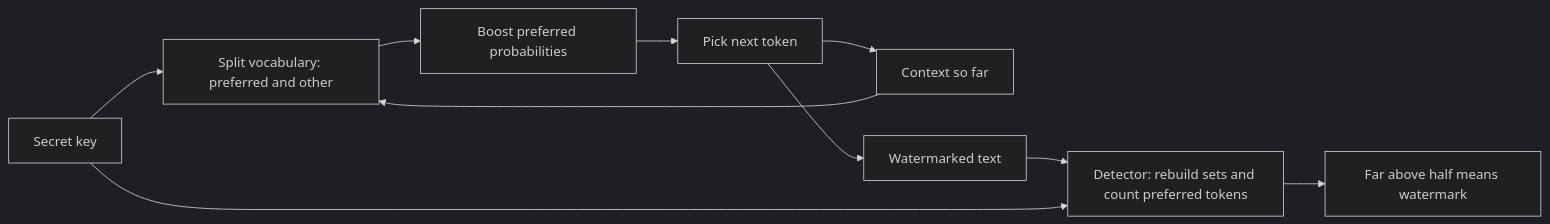
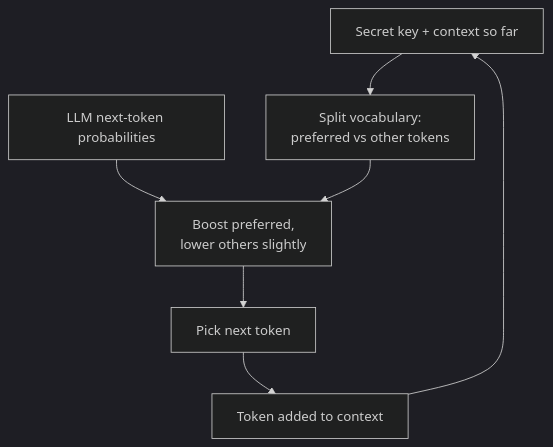
One commit to kaisarnajar/outcome-school-blogs changed the first of 2 diagrams in notes/step-14-ai-safety-and-security/172-how-does-llm-watermarking-work.md. Above: the diagram before and after it, drawn with Mermaid (dark theme). The commit also changed other lines of this file and 233 other files, not shown here.

````diff
--- a/notes/step-14-ai-safety-and-security/172-how-does-llm-watermarking-work.md
+++ b/notes/step-14-ai-safety-and-security/172-how-does-llm-watermarking-work.md
@@ -44,12 +75,9 @@
 ```mermaid
-flowchart LR
-    K["Secret key"] --> S["Split vocabulary: preferred and other"]
-    C["Context so far"] --> S
-    S --> B["Boost preferred probabilities"]
-    B --> T["Pick next token"]
-    T --> C
-    T --> X["Watermarked text"]
-    X --> D["Detector: rebuild sets and count preferred tokens"]
-    K --> D
-    D --> R["Far above half means watermark"]
+flowchart TD
+    K1["Secret key + context so far"] --> S1["Split vocabulary:<br/>preferred vs other tokens"]
+    P1["LLM next-token probabilities"] --> B1["Boost preferred,<br/>lower others slightly"]
+    S1 --> B1
+    B1 --> N1["Pick next token"]
+    N1 --> C1["Token added to context"]
+    C1 --> K1
 ```
````
